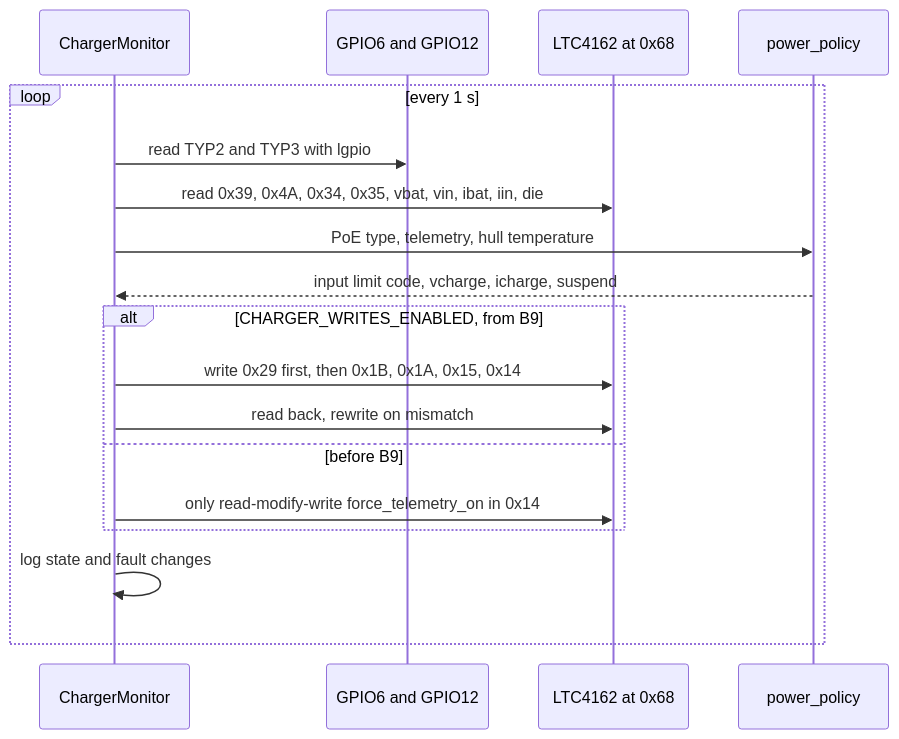
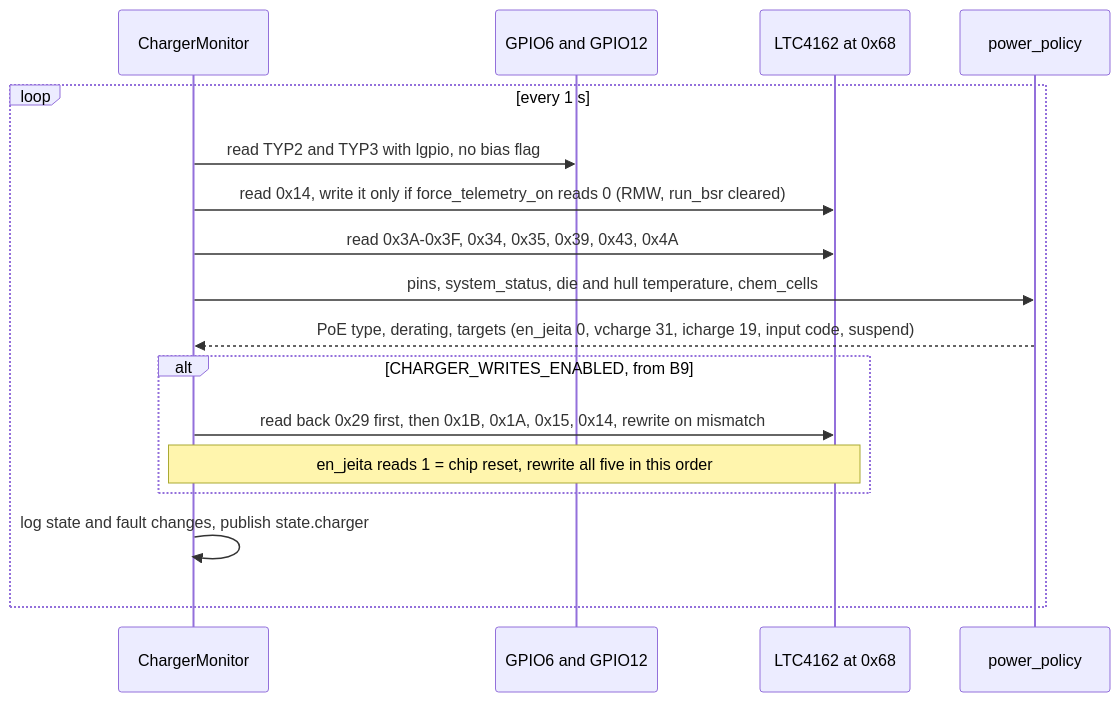
One commit to Tropaion/Manafish_Mainboard changed the seventh of 8 diagrams in docs/wiki/06-Runtime-View.md. Above: the diagram before and after it, drawn with Mermaid. The commit also changed other lines of this file and 75 other files, not shown here.

````diff
--- a/docs/wiki/06-Runtime-View.md
+++ b/docs/wiki/06-Runtime-View.md
@@ -204,20 +255,19 @@
 ```mermaid
 sequenceDiagram
   participant CM as ChargerMonitor
   participant G as GPIO6 and GPIO12
   participant L as LTC4162 at 0x68
   participant P as power_policy
   loop every 1 s
-    CM->>G: read TYP2 and TYP3 with lgpio
-    CM->>L: read 0x39, 0x4A, 0x34, 0x35, vbat, vin, ibat, iin, die
-    CM->>P: PoE type, telemetry, hull temperature
-    P-->>CM: input limit code, vcharge, icharge, suspend
+    CM->>G: read TYP2 and TYP3 with lgpio, no bias flag
+    CM->>L: read 0x14, write it only if force_telemetry_on reads 0 (RMW, run_bsr cleared)
+    CM->>L: read 0x3A-0x3F, 0x34, 0x35, 0x39, 0x43, 0x4A
+    CM->>P: pins, system_status, die and hull temperature, chem_cells
+    P-->>CM: PoE type, derating, targets (en_jeita 0, vcharge 31, icharge 19, input code, suspend)
     alt CHARGER_WRITES_ENABLED, from B9
-      CM->>L: write 0x29 first, then 0x1B, 0x1A, 0x15, 0x14
-      CM->>L: read back, rewrite on mismatch
-    else before B9
-      CM->>L: only read-modify-write force_telemetry_on in 0x14
+      CM->>L: read back 0x29 first, then 0x1B, 0x1A, 0x15, 0x14, rewrite on mismatch
+      Note over CM,L: en_jeita reads 1 = chip reset, rewrite all five in this order
     end
-    CM->>CM: log state and fault changes
+    CM->>CM: log state and fault changes, publish state.charger
   end
 ```
````
